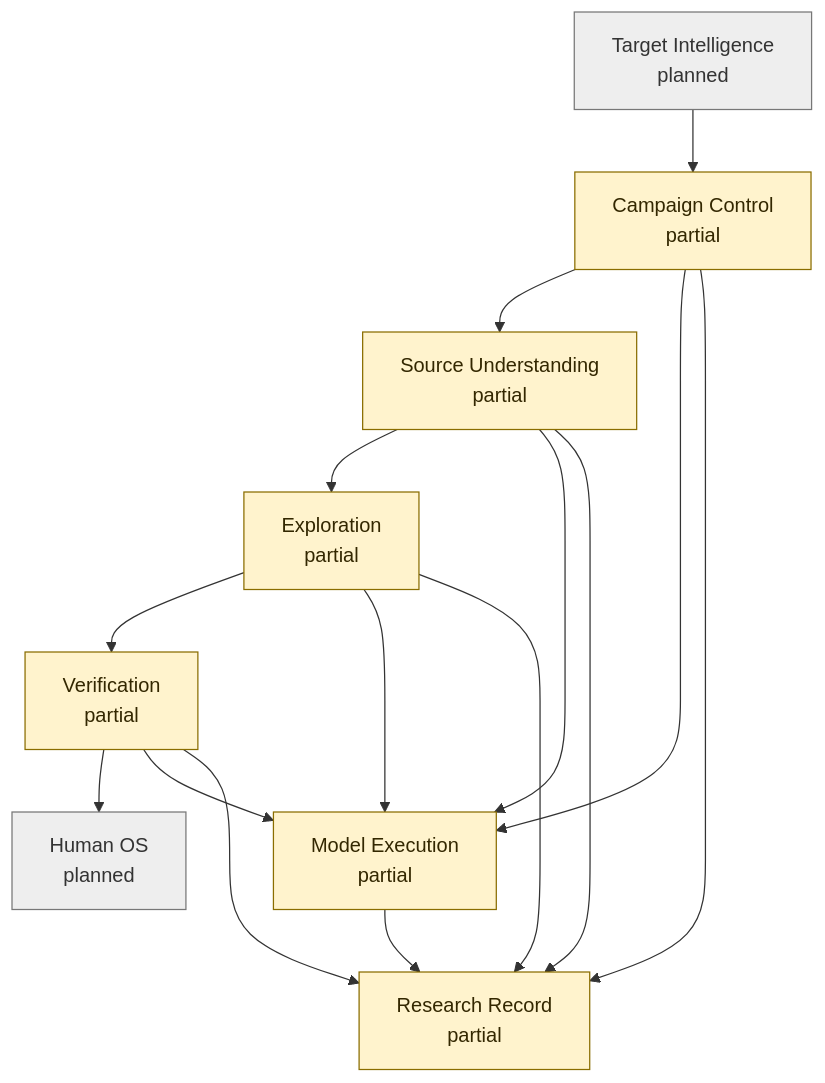
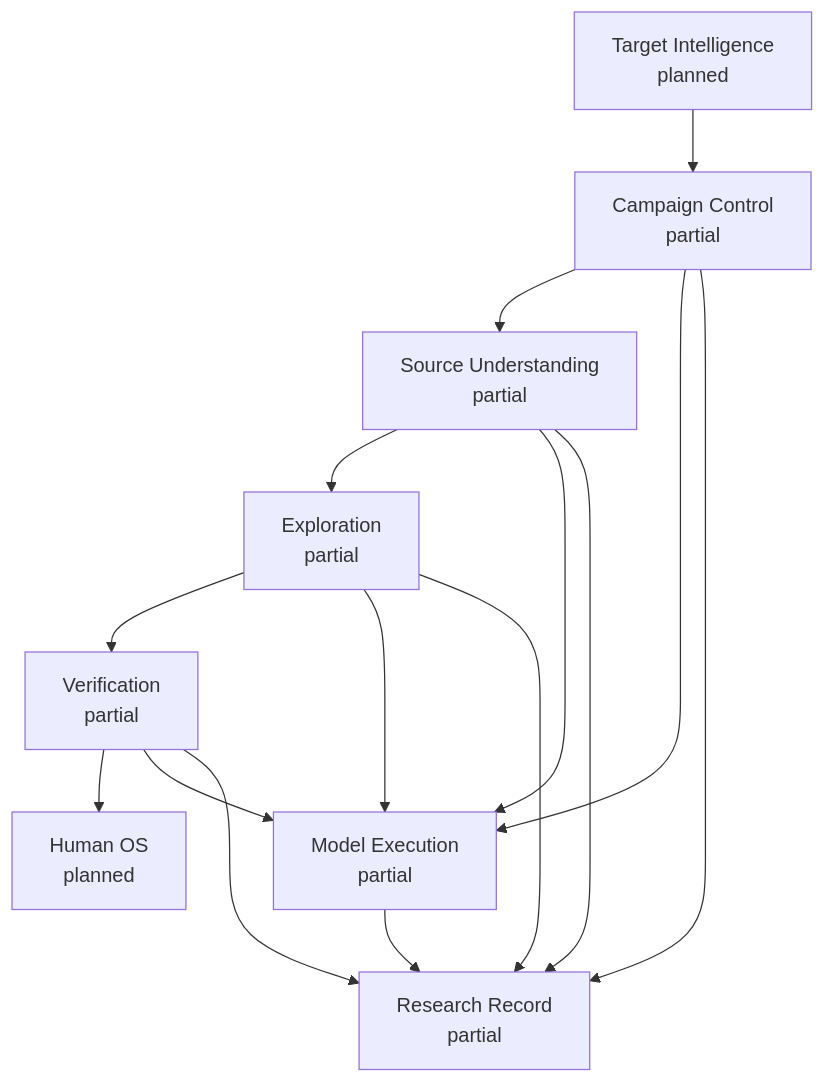
Before and after one commit to momoponwork1415-lgtm/wordpress-harness: the first of 3 diagrams in docs/CODEBASE-GUIDE.md, drawn with Mermaid. The commit also changed other lines of this file and 34 other files, not shown here.

````diff
--- a/docs/CODEBASE-GUIDE.md
+++ b/docs/CODEBASE-GUIDE.md
@@ -30,27 +19,22 @@
 ```mermaid
 flowchart TB
     ti["Target Intelligence<br/>planned"]
     campaign["Campaign Control<br/>partial"]
     source["Source Understanding<br/>partial"]
     explore["Exploration<br/>partial"]
     verify["Verification<br/>partial"]
     model["Model Execution<br/>partial"]
     record["Research Record<br/>partial"]
     human["Human OS<br/>planned"]
 
     ti --> campaign --> source --> explore --> verify --> human
     campaign --> model
     source --> model
     explore --> model
     verify --> model
     campaign --> record
     source --> record
     explore --> record
     verify --> record
     model --> record
-
-    classDef partial fill:#fff3cd,stroke:#8a6d00,color:#332700;
-    classDef planned fill:#eeeeee,stroke:#777777,color:#333333;
-    class campaign,source,explore,verify,model,record partial;
-    class ti,human planned;
 ```
````
